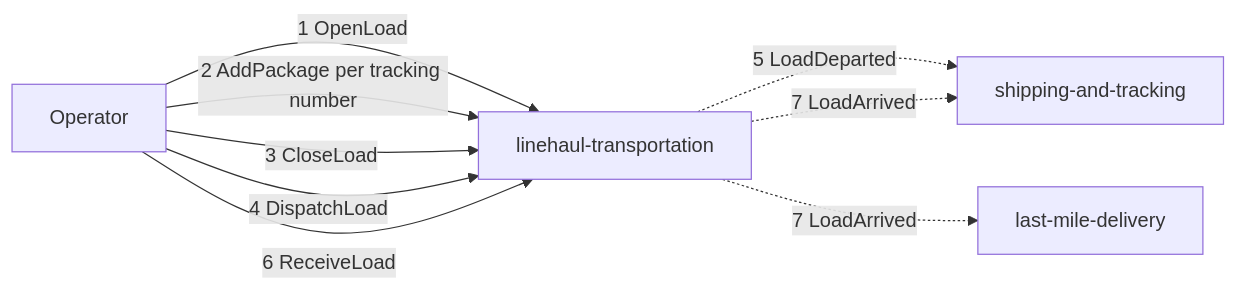
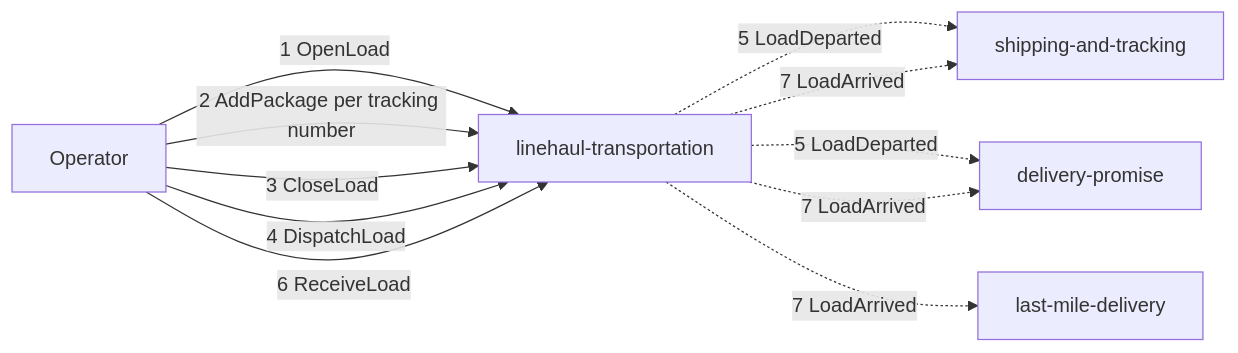
Before and after one commit to IQVO/linehaul-transportation: the third of 4 diagrams in docs/docs/ddd/domain-message-flow.md, drawn with Mermaid. The commit also changed other lines of this file and 8 other files, not shown here.

Commit message:
docs(linehaul-transportation): reconcile docs with the code (GENERATE_INTERVAL, delivery-promise consumers)

````diff
--- a/docs/docs/ddd/domain-message-flow.md
+++ b/docs/docs/ddd/domain-message-flow.md
@@ -64,15 +65,18 @@
 ```mermaid
 flowchart LR
     OP[Operator]
     LH[linehaul-transportation]
     ST[shipping-and-tracking]
     LM[last-mile-delivery]
+    DP[delivery-promise]
     OP -- "1 OpenLoad" --> LH
     OP -- "2 AddPackage per tracking number" --> LH
     OP -- "3 CloseLoad" --> LH
     OP -- "4 DispatchLoad" --> LH
     LH -. "5 LoadDeparted" .-> ST
+    LH -. "5 LoadDeparted" .-> DP
     OP -- "6 ReceiveLoad" --> LH
     LH -. "7 LoadArrived" .-> ST
     LH -. "7 LoadArrived" .-> LM
+    LH -. "7 LoadArrived" .-> DP
 ```
````
